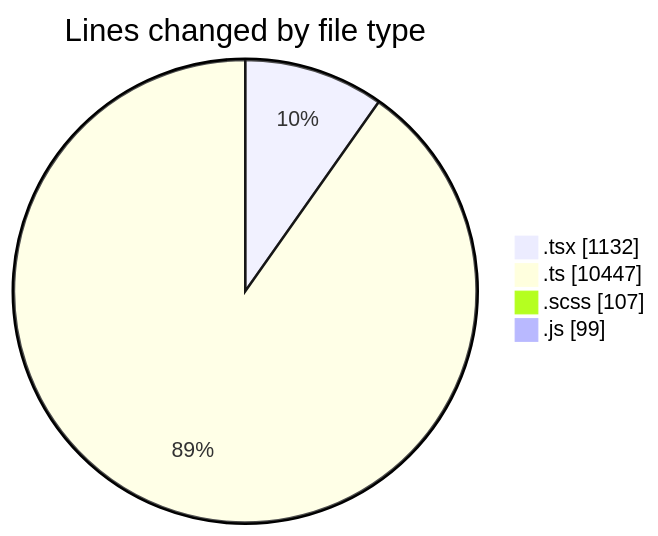
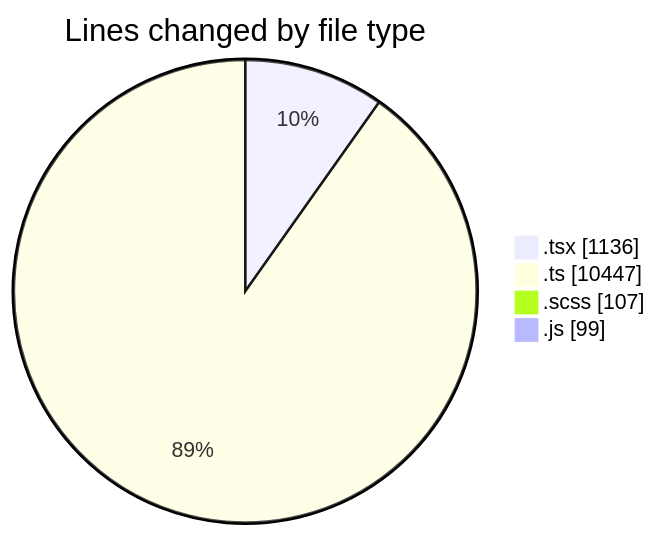
One commit to momahboobian/code-tracking changed the first of 2 diagrams in 2025-03-26/cda/README.md. Above: the diagram before and after it, drawn with Mermaid. The commit also changed other lines of this file and 1 other file, not shown here.

````diff
--- a/2025-03-26/cda/README.md
+++ b/2025-03-26/cda/README.md
@@ -42,8 +42,8 @@
 ```mermaid
 pie showData
 title Lines changed by file type
-".tsx" : 1132
+".tsx" : 1136
 ".ts" : 10447
 ".scss" : 107
 ".js" : 99
 ```
````
